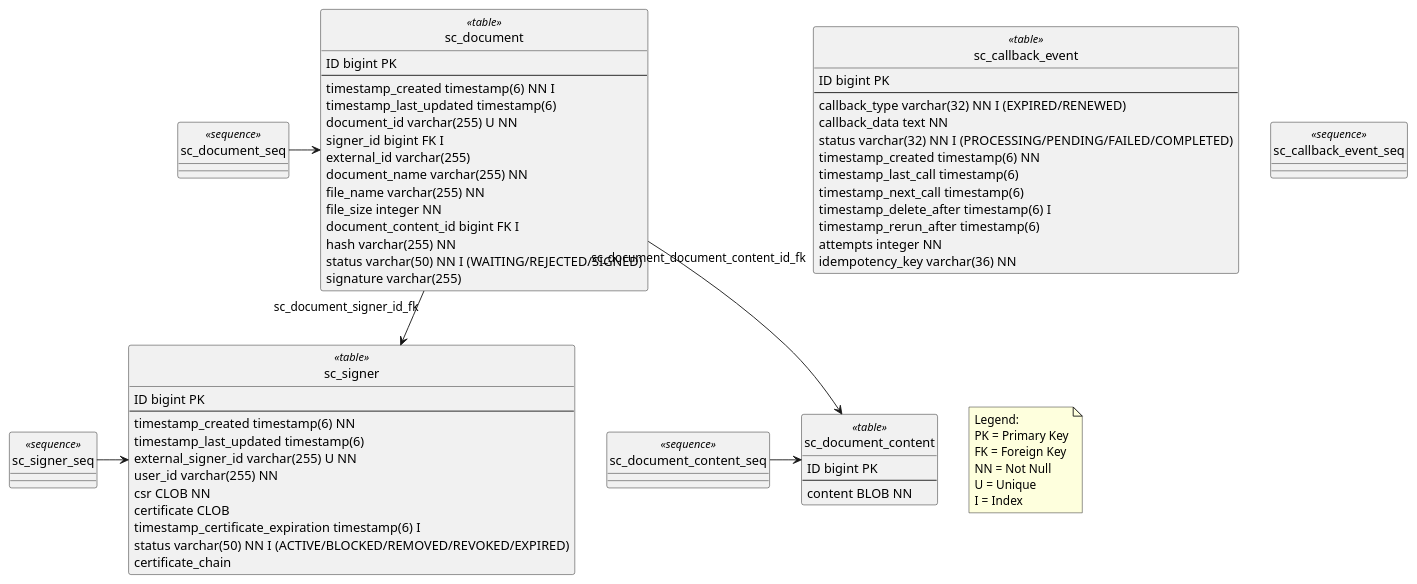
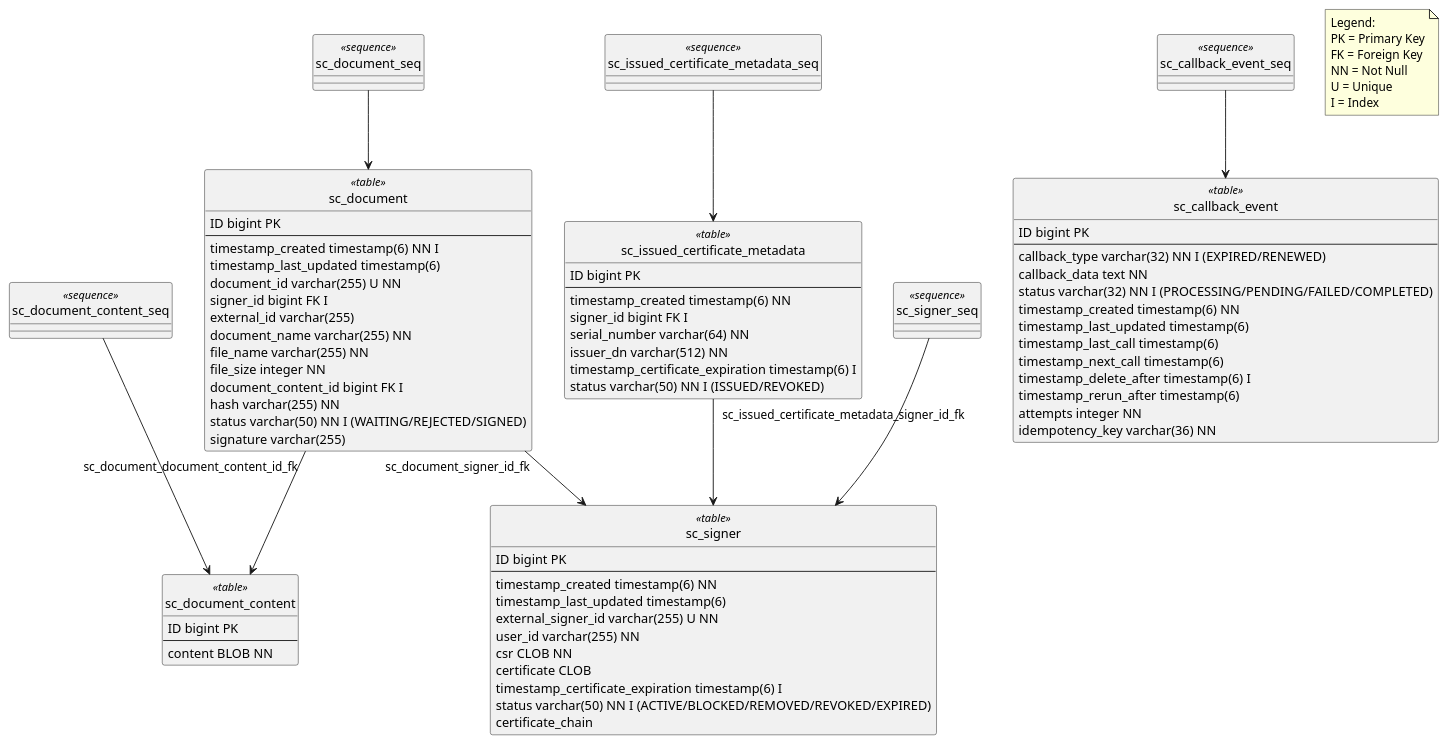
The diagram in docs-private/signer_cloud_server_database_schema.puml (wultra/signer-cloud), drawn with PlantUML before and after one commit. The commit also changed 18 other files, not shown here.

```diff
--- a/docs-private/signer_cloud_server_database_schema.puml
+++ b/docs-private/signer_cloud_server_database_schema.puml
@@ -1,77 +1,93 @@
 @startuml
 hide circle
 
 class sc_signer <<table>>{
     ID bigint PK
     --
     timestamp_created timestamp(6) NN
     timestamp_last_updated timestamp(6)
     external_signer_id varchar(255) U NN
     user_id varchar(255) NN
     csr CLOB NN
     certificate CLOB
     timestamp_certificate_expiration timestamp(6) I
     status varchar(50) NN I (ACTIVE/BLOCKED/REMOVED/REVOKED/EXPIRED)
     certificate_chain
 }
 
 class sc_document <<table>> {
     ID bigint PK
     --
     timestamp_created timestamp(6) NN I
     timestamp_last_updated timestamp(6)
     document_id varchar(255) U NN
     signer_id bigint FK I
     external_id varchar(255)
     document_name varchar(255) NN
     file_name varchar(255) NN
     file_size integer NN
     document_content_id bigint FK I
     hash varchar(255) NN
     status varchar(50) NN I (WAITING/REJECTED/SIGNED)
     signature varchar(255)
 }
 
 class sc_document_content <<table>>{
     ID bigint PK
     --
     content BLOB NN
 }
 
 class sc_callback_event <<table>> {
     ID bigint PK
     --
     callback_type varchar(32) NN I (EXPIRED/RENEWED)
     callback_data text NN
     status varchar(32) NN I (PROCESSING/PENDING/FAILED/COMPLETED)
     timestamp_created timestamp(6) NN
+    timestamp_last_updated timestamp(6)
     timestamp_last_call timestamp(6)
     timestamp_next_call timestamp(6)
     timestamp_delete_after timestamp(6) I
     timestamp_rerun_after timestamp(6)
     attempts integer NN
     idempotency_key varchar(36) NN
 }
 
+class sc_issued_certificate_metadata <<table>> {
+    ID bigint PK
+    --
+    timestamp_created timestamp(6) NN
+    signer_id bigint FK I
+    serial_number varchar(64) NN
+    issuer_dn varchar(512) NN
+    timestamp_certificate_expiration timestamp(6) I
+    status varchar(50) NN I (ISSUED/REVOKED)
+}
+
 class sc_signer_seq <<sequence>>
 class sc_document_seq <<sequence>>
 class sc_document_content_seq <<sequence>>
 class sc_callback_event_seq <<sequence>>
+class sc_issued_certificate_metadata_seq <<sequence>>
 
-sc_signer_seq -> sc_signer
-sc_document_seq -> sc_document
-sc_document_content_seq -> sc_document_content
+sc_signer_seq --> sc_signer
+sc_document_seq --> sc_document
+sc_document_content_seq --> sc_document_content
+sc_callback_event_seq --> sc_callback_event
+sc_issued_certificate_metadata_seq --> sc_issued_certificate_metadata
 
 sc_document "sc_document_signer_id_fk" --> sc_signer
 sc_document "sc_document_document_content_id_fk" --> sc_document_content
+sc_issued_certificate_metadata "sc_issued_certificate_metadata_signer_id_fk" --> sc_signer
 
 note as note1
 Legend:
 PK = Primary Key
 FK = Foreign Key
 NN = Not Null
 U = Unique
 I = Index
 end note
 
 @enduml
```
